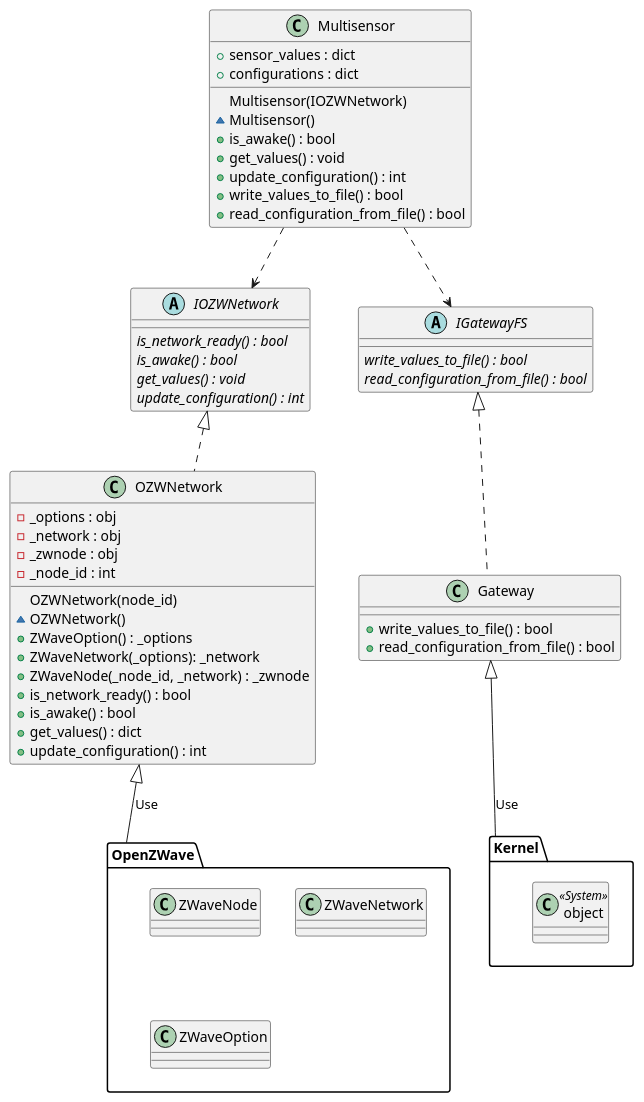
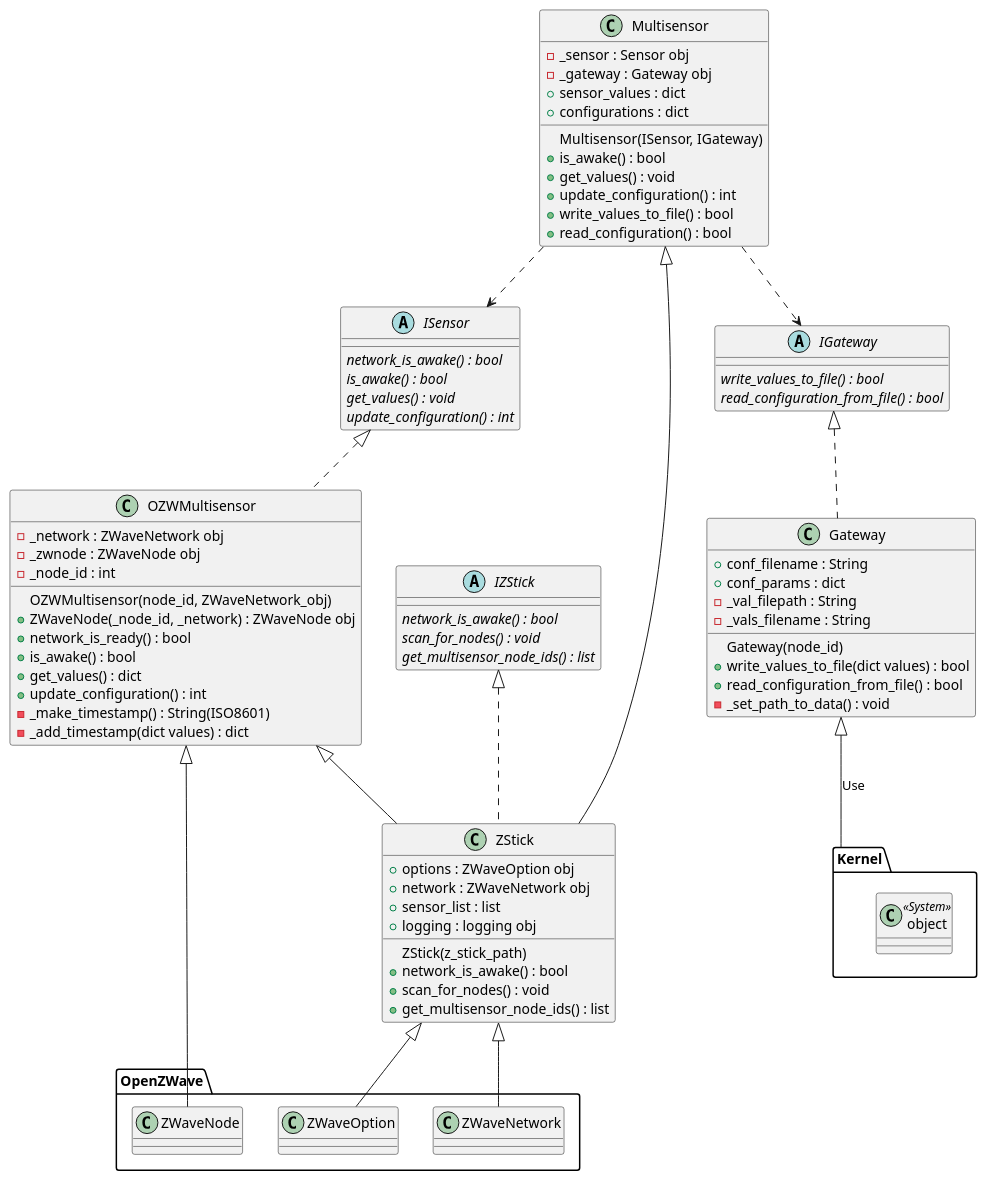
Before and after one commit to AU-PRO5-Rem/ReMoniProject: the diagram in doc/class_multisensor.iuml, drawn with PlantUML. The commit also changed 9 other files, not shown here.

```diff
--- a/doc/class_multisensor.iuml
+++ b/doc/class_multisensor.iuml
@@ -1,67 +1,92 @@
 @startuml Multisensor
 
-abstract class IOZWNetwork {
-    {abstract} is_network_ready() : bool
+abstract class IZStick {
+    {abstract} network_is_awake() : bool
+    {abstract} scan_for_nodes() : void
+    {abstract} get_multisensor_node_ids() : list
+}
+
+abstract class ISensor {
+    {abstract} network_is_awake() : bool
     {abstract} is_awake() : bool
     {abstract} get_values() : void
     {abstract} update_configuration() : int
 }
 
-abstract class IGatewayFS {
+abstract class IGateway {
     {abstract} write_values_to_file() : bool
     {abstract} read_configuration_from_file() : bool
 }
 
-class Gateway implements IGatewayFS {
-+ write_values_to_file() : bool
+class ZStick implements IZStick {
++ options : ZWaveOption obj
++ network : ZWaveNetwork obj 
++ sensor_list : list
++ logging : logging obj 
+
+ZStick(z_stick_path)
++ network_is_awake() : bool
++ scan_for_nodes() : void
++ get_multisensor_node_ids() : list
+}
+
+class Gateway implements IGateway {
+Gateway(node_id)
++ conf_filename : String
++ conf_params : dict
+- _val_filepath : String
+- _vals_filename : String
++ write_values_to_file(dict values) : bool
 + read_configuration_from_file() : bool
+- _set_path_to_data() : void
 }
 
 package Kernel {
   class object<< System >>
 }
 
 
 class Multisensor {
-    + sensor_values : dict
-    + configurations : dict
-
-      Multisensor(IOZWNetwork)
-    ~ Multisensor()
-    + is_awake() : bool
-    + get_values() : void
-    + update_configuration() : int
-    + write_values_to_file() : bool
-    + read_configuration_from_file() : bool
+  - _sensor : Sensor obj
+  - _gateway : Gateway obj
+  + sensor_values : dict
+  + configurations : dict
+    Multisensor(ISensor, IGateway)
+  + is_awake() : bool
+  + get_values() : void
+  + update_configuration() : int
+  + write_values_to_file() : bool
+  + read_configuration() : bool
 
 }
 
-class OZWNetwork implements IOZWNetwork {
-  - _options : obj
-  - _network : obj
-  - _zwnode : obj
+class OZWMultisensor implements ISensor {
+  - _network : ZWaveNetwork obj
+  - _zwnode : ZWaveNode obj
   - _node_id : int
-  OZWNetwork(node_id)
-  ~OZWNetwork()
-  + ZWaveOption() : _options
-  + ZWaveNetwork(_options): _network 
-  + ZWaveNode(_node_id, _network) : _zwnode
-  + is_network_ready() : bool
+  OZWMultisensor(node_id, ZWaveNetwork_obj)
+  + ZWaveNode(_node_id, _network) : ZWaveNode obj
+  + network_is_ready() : bool
   + is_awake() : bool
   + get_values() : dict
   + update_configuration() : int
+  - _make_timestamp() : String(ISO8601)
+  - _add_timestamp(dict values) : dict
 }
 
 package OpenZWave <<Folder>> {
   class ZWaveNode
   class ZWaveNetwork
   class ZWaveOption
 }
-
-Multisensor ..> IOZWNetwork
-OZWNetwork <|-- OpenZWave : Use
-Multisensor ..> IGatewayFS
+Multisensor <|-- ZStick
+Multisensor ..> ISensor
+Multisensor ..> IGateway
+OZWMultisensor <|-- ZWaveNode
+ZStick <|-- ZWaveNetwork
+ZStick <|-- ZWaveOption
+OZWMultisensor <|-- ZStick
 Gateway <|-- Kernel : Use
 
 
 @enduml
```
